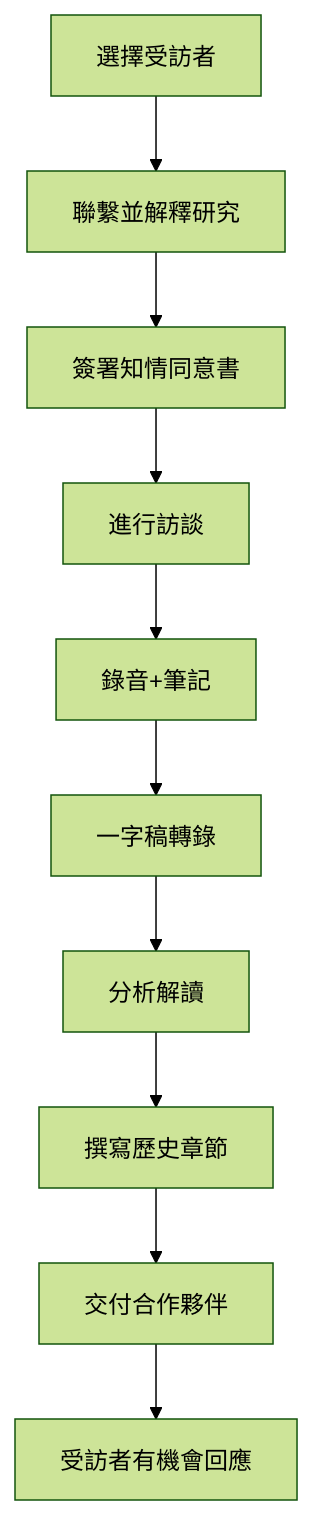
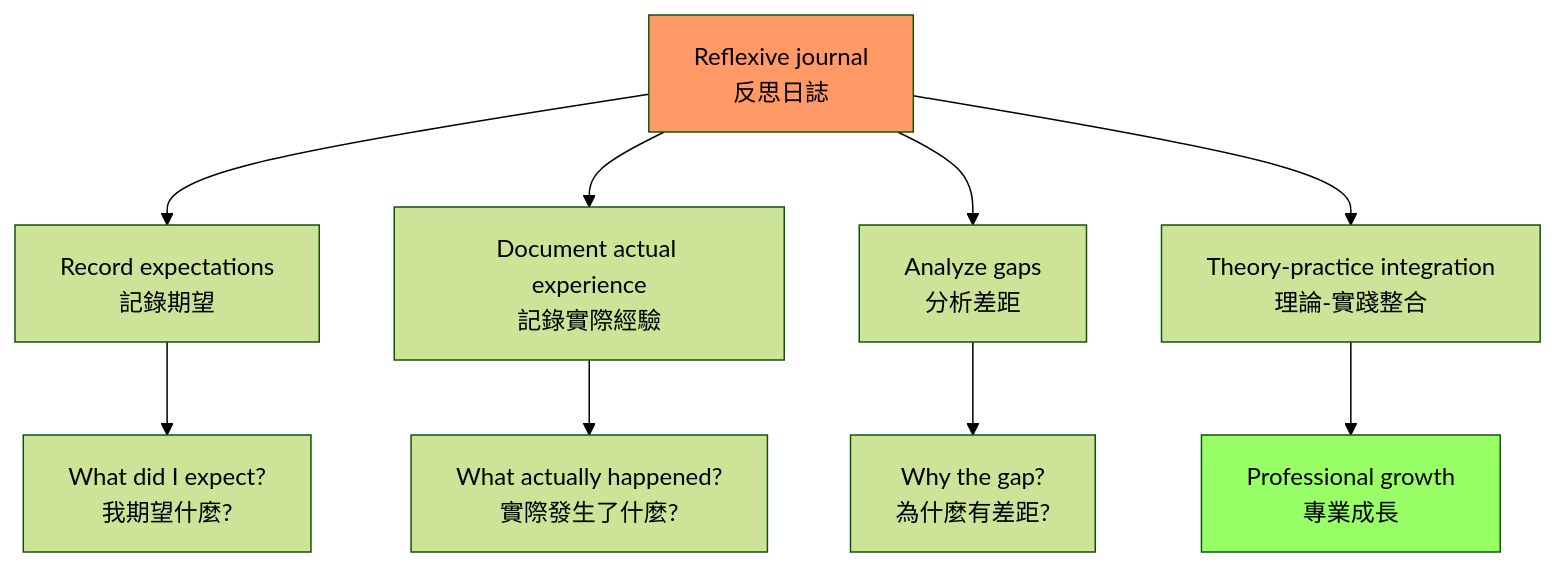
The fifth of 5 diagrams in 01_HKU_Courses/HIST4035_History_Applied_Internship.md (yip-lgtm/HKU-Harvard-History-Self-Study), drawn with Mermaid (forest theme) before and after one commit. The commit also changed other lines of this file and 25 other files, not shown here.

````diff
--- a/01_HKU_Courses/HIST4035_History_Applied_Internship.md
+++ b/01_HKU_Courses/HIST4035_History_Applied_Internship.md
@@ -385,12 +202,15 @@
 ```mermaid
 flowchart TD
-    A[選擇受訪者] --> B[聯繫並解釋研究]
-    B --> C[簽署知情同意書]
-    C --> D[進行訪談]
-    D --> E[錄音+筆記]
-    E --> F[一字稿轉錄]
-    F --> G[分析解讀]
-    G --> H[撰寫歷史章節]
-    H --> I[交付合作夥伴]
-    I --> J[受訪者有機會回應]
+    A[Reflexive journal<br/>反思日誌] --> B[Record expectations<br/>記錄期望]
+    A --> C[Document actual experience<br/>記錄實際經驗]
+    A --> D[Analyze gaps<br/>分析差距]
+    A --> E[Theory-practice integration<br/>理論-實踐整合]
+    
+    B --> F[What did I expect?<br/>我期望什麼?]
+    C --> G[What actually happened?<br/>實際發生了什麼?]
+    D --> H[Why the gap?<br/>為什麼有差距?]
+    E --> I[Professional growth<br/>專業成長]
+    
+    style A fill:#f96
+    style I fill:#9f6
 ```
````
